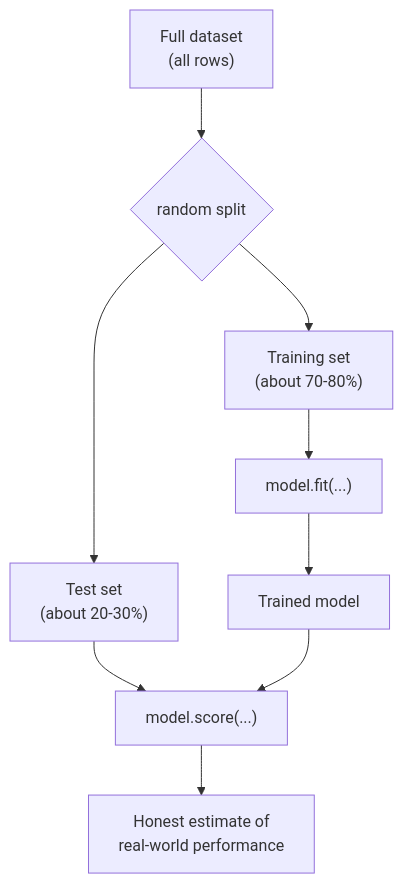
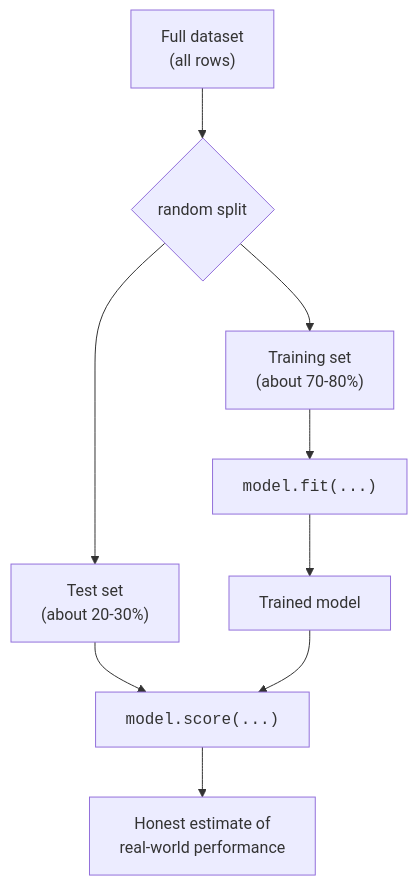
The diagram in content/learn/machine-learning-scikit-learn/train-test-split.mdx (dataslope/dataslope), drawn with Mermaid before and after one commit. The commit also changed 218 other files, not shown here.

First line of the commit message:
Render code-only mermaid shapes in monospace; convert step sequences to Steps (#467)

````diff
--- a/content/learn/machine-learning-scikit-learn/train-test-split.mdx
+++ b/content/learn/machine-learning-scikit-learn/train-test-split.mdx
@@ -40,11 +40,11 @@
 ```mermaid
 flowchart TD
     A["Full dataset<br/>(all rows)"] --> B{"random split"}
     B --> C["Training set<br/>(about 70-80%)"]
     B --> D["Test set<br/>(about 20-30%)"]
-    C --> E["model.fit(...)"]
+    C --> E["<code>model.fit(...)</code>"]
     E --> G["Trained model"]
-    D --> F["model.score(...)"]
+    D --> F["<code>model.score(...)</code>"]
     G --> F
     F --> H["Honest estimate of<br/>real-world performance"]
 ```
````
